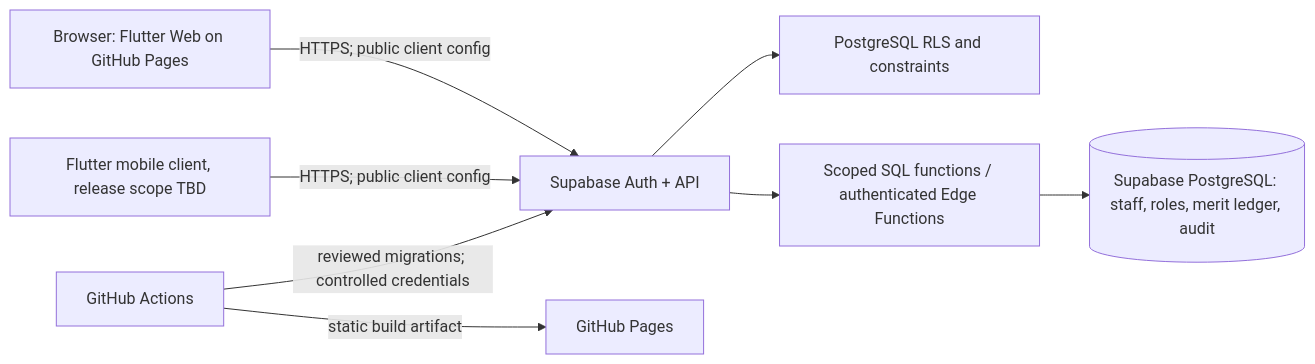
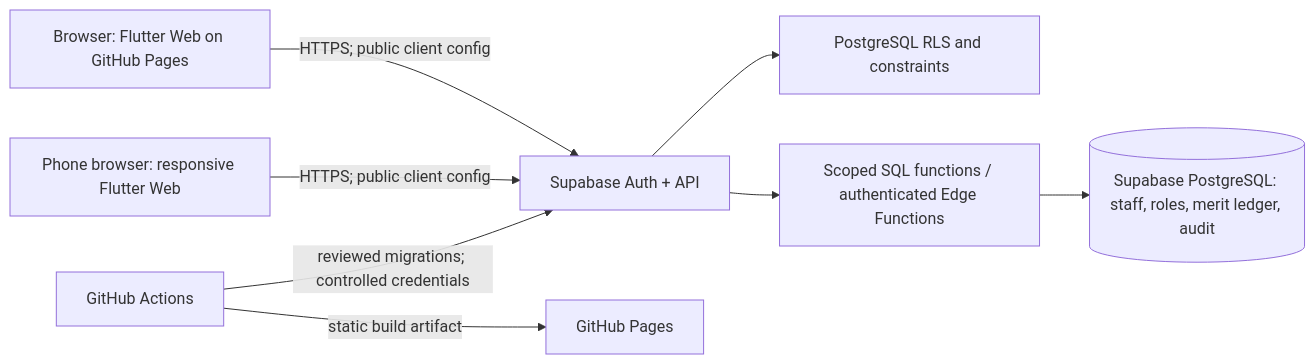
One commit to MoonWIRaja/KPI changed the diagram in docs/TECHNICAL-ARCHITECTURE.md. Above: the diagram before and after it, drawn with Mermaid. The commit also changed other lines of this file and 20 other files, not shown here.

````diff
--- a/docs/TECHNICAL-ARCHITECTURE.md
+++ b/docs/TECHNICAL-ARCHITECTURE.md
@@ -8,10 +8,10 @@
 ```mermaid
 flowchart LR
   B[Browser: Flutter Web on GitHub Pages] -->|HTTPS; public client config| S[Supabase Auth + API]
-  M[Flutter mobile client, release scope TBD] -->|HTTPS; public client config| S
+  M[Phone browser: responsive Flutter Web] -->|HTTPS; public client config| S
   S --> RLS[PostgreSQL RLS and constraints]
   S --> F[Scoped SQL functions / authenticated Edge Functions]
   F --> DB[(Supabase PostgreSQL: staff, roles, merit ledger, audit)]
   GH[GitHub Actions] -->|static build artifact| P[GitHub Pages]
   GH -->|reviewed migrations; controlled credentials| S
 ```
````
